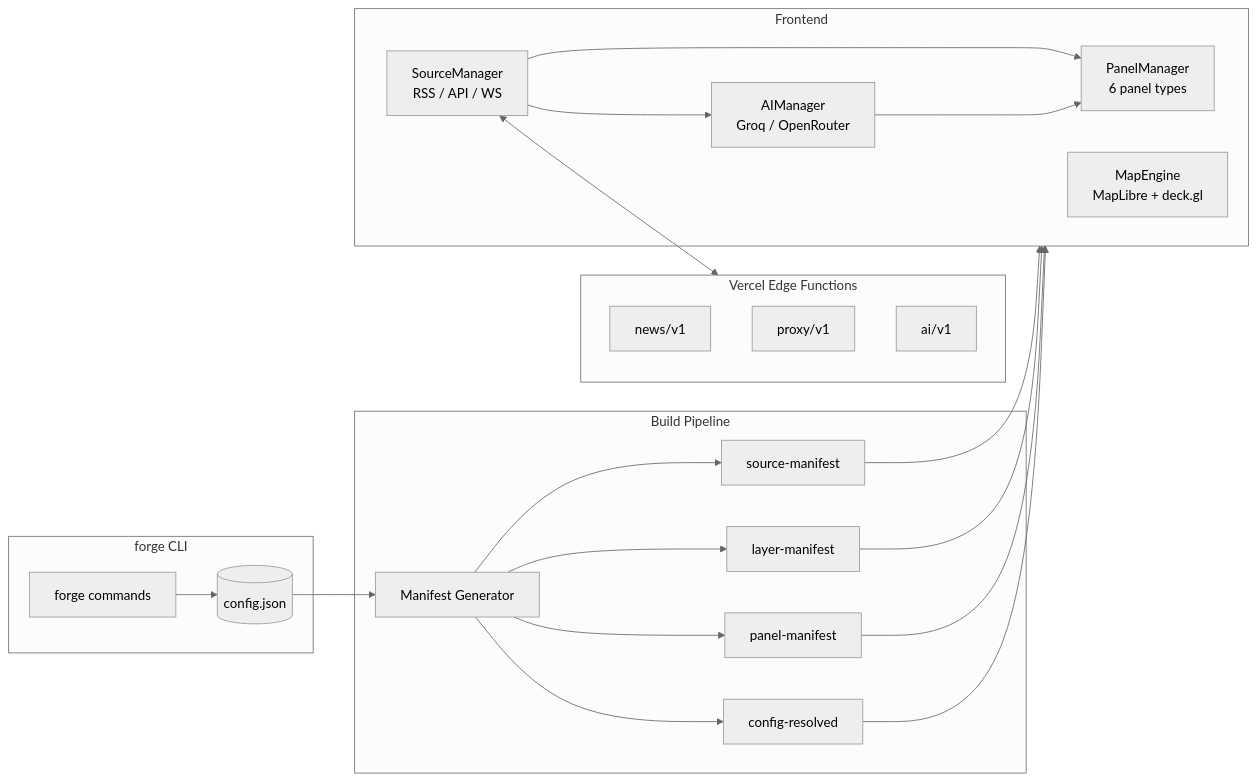
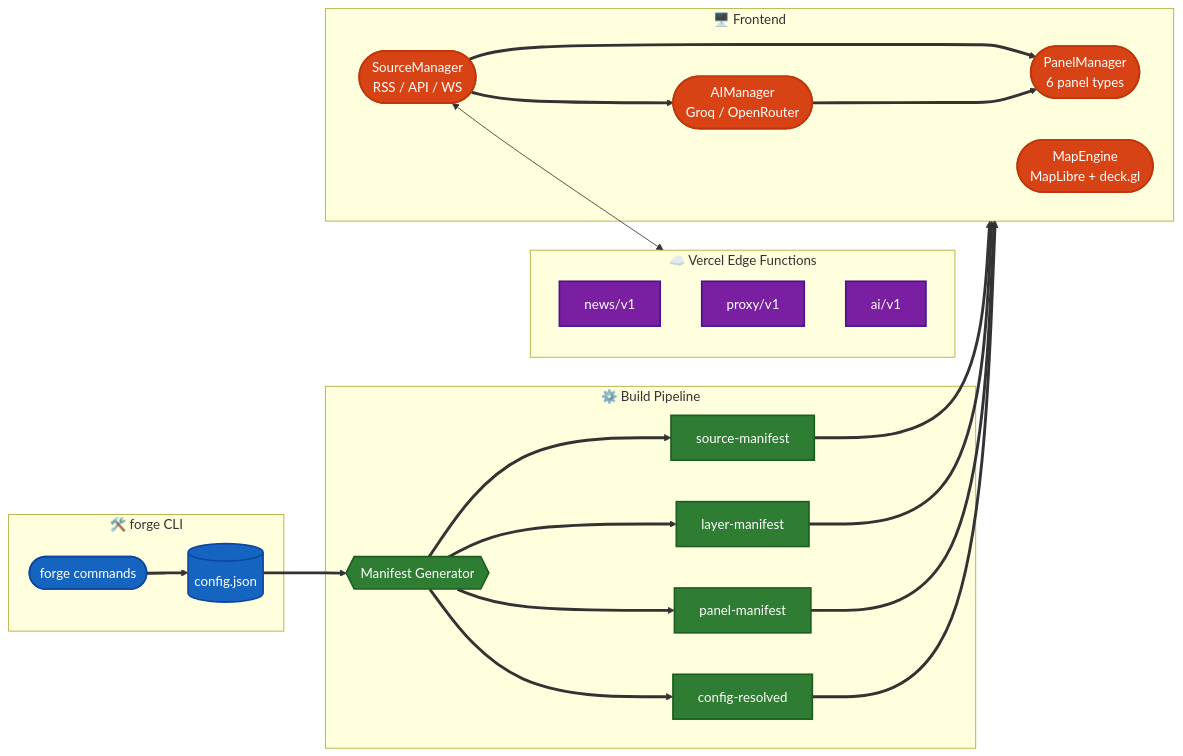
Before and after one commit to alohays/monitor-forge: the first of 3 diagrams in README.md, drawn with Mermaid. The commit also changed other lines of this file and 1 other file, not shown here.

First line of the commit message:
docs: improve Mermaid diagram readability for GitHub dark/light mode

````diff
--- a/README.md
+++ b/README.md
@@ -43,35 +43,50 @@
 ```mermaid
-%%{init: {'theme': 'neutral'}}%%
 flowchart LR
-    subgraph CLI["forge CLI"]
-        CMD["forge commands"] --> CFG[("config.json")]
+    subgraph CLI["🛠️ forge CLI"]
+        CMD(["forge commands"])
+        CFG[("config.json")]
+        CMD ==> CFG
     end
 
-    subgraph BUILD["Build Pipeline"]
-        GEN["Manifest Generator"]
-        GEN --> SM["source-manifest"]
-        GEN --> LM["layer-manifest"]
-        GEN --> PM["panel-manifest"]
-        GEN --> CR["config-resolved"]
+    subgraph BUILD["⚙️ Build Pipeline"]
+        GEN{{"Manifest Generator"}}
+        SM["source-manifest"]
+        LM["layer-manifest"]
+        PM["panel-manifest"]
+        CR["config-resolved"]
+        GEN ==> SM
+        GEN ==> LM
+        GEN ==> PM
+        GEN ==> CR
     end
 
-    subgraph APP["Frontend"]
-        MAP["MapEngine<br/>MapLibre + deck.gl"]
-        PNL["PanelManager<br/>6 panel types"]
-        SRC["SourceManager<br/>RSS / API / WS"]
-        AIM["AIManager<br/>Groq / OpenRouter"]
-        SRC --> PNL
-        SRC --> AIM
-        AIM --> PNL
+    subgraph APP["🖥️ Frontend"]
+        MAP(["MapEngine<br/>MapLibre + deck.gl"])
+        PNL(["PanelManager<br/>6 panel types"])
+        SRC(["SourceManager<br/>RSS / API / WS"])
+        AIM(["AIManager<br/>Groq / OpenRouter"])
+        SRC ==> PNL
+        SRC ==> AIM
+        AIM ==> PNL
     end
 
-    subgraph EDGE["Vercel Edge Functions"]
+    subgraph EDGE["☁️ Vercel Edge Functions"]
         NEWS["news/v1"]
         PROXY["proxy/v1"]
         AIEP["ai/v1"]
     end
 
-    CFG --> GEN
-    SM & LM & PM & CR --> APP
+    CFG ==> GEN
+    SM & LM & PM & CR ==> APP
     SRC <--> EDGE
+
+    classDef cli fill:#1565C0,stroke:#0D47A1,stroke-width:2px,color:#fff
+    classDef build fill:#2E7D32,stroke:#1B5E20,stroke-width:2px,color:#fff
+    classDef frontend fill:#D84315,stroke:#BF360C,stroke-width:2px,color:#fff
+    classDef edge fill:#7B1FA2,stroke:#4A148C,stroke-width:2px,color:#fff
+
+    class CMD,CFG cli
+    class GEN,SM,LM,PM,CR build
+    class MAP,PNL,SRC,AIM frontend
+    class NEWS,PROXY,AIEP edge
 ```
````
